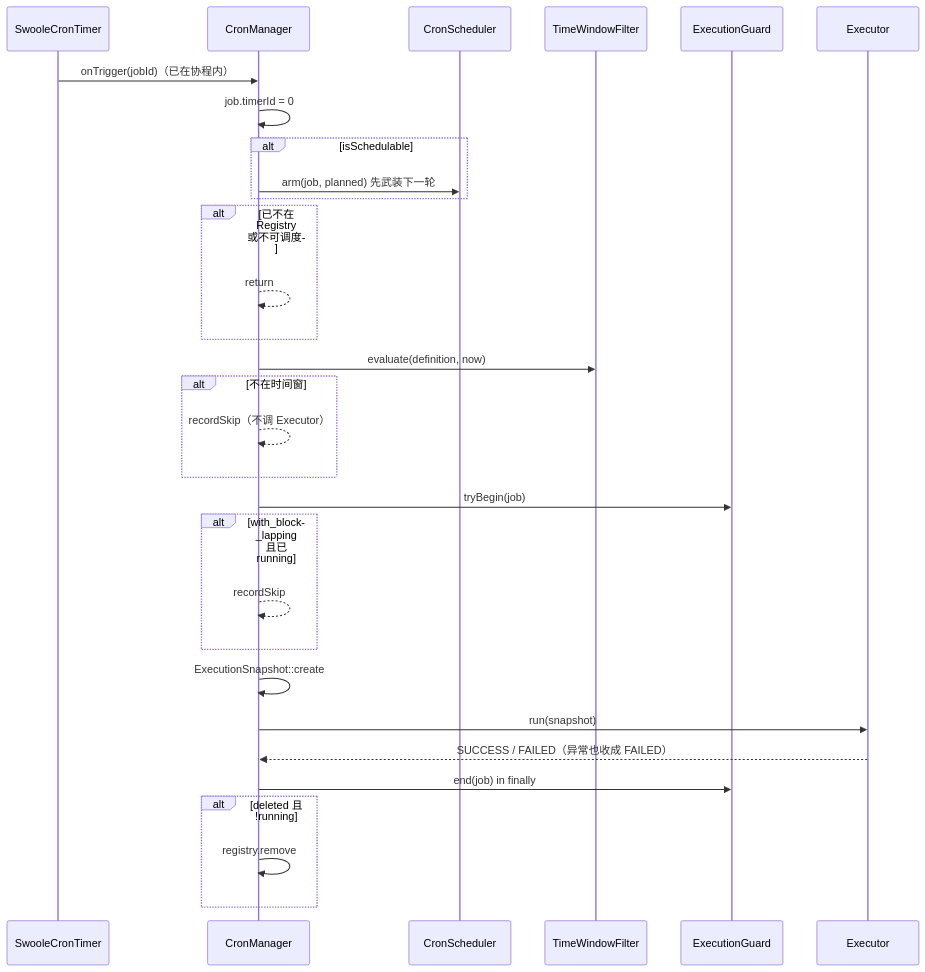
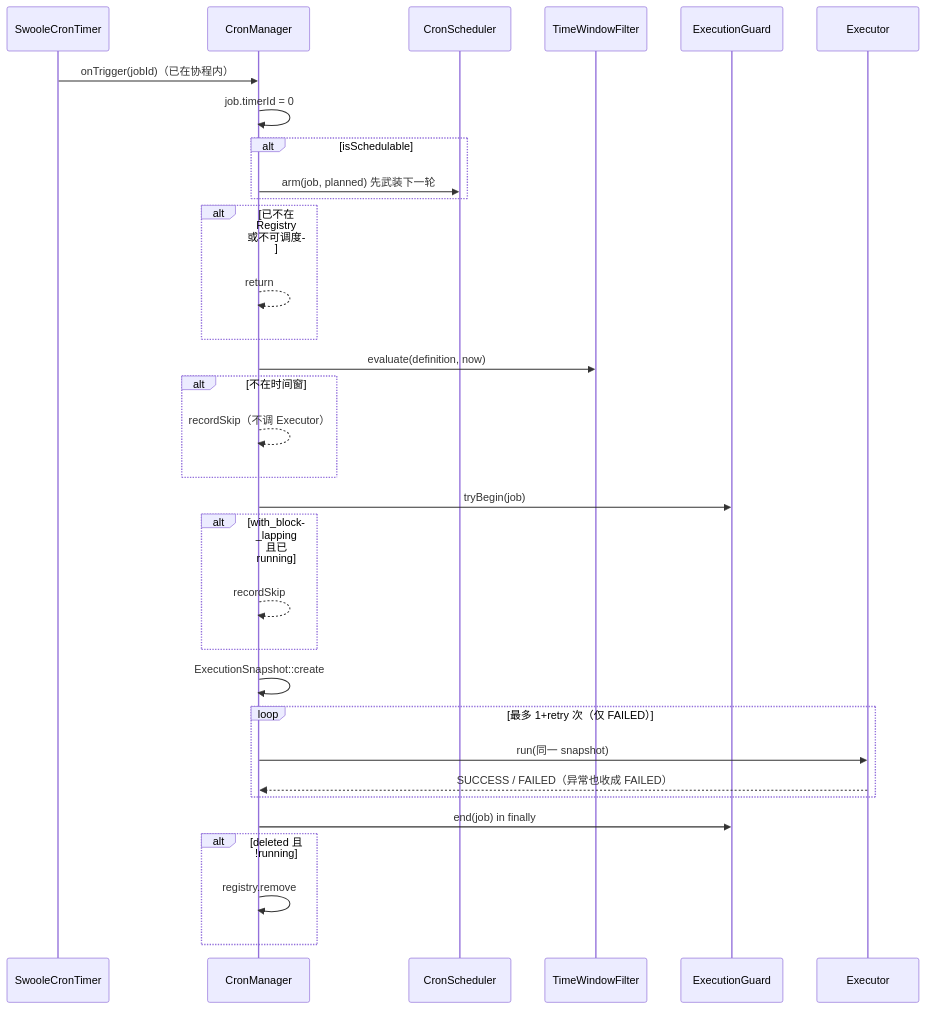
Before and after one commit to bingcool/swoolefy: the third of 3 diagrams in src/Worker/Cron/README.md, drawn with Mermaid. The commit also changed other lines of this file and 17 other files, not shown here.

````diff
--- a/src/Worker/Cron/README.md
+++ b/src/Worker/Cron/README.md
@@ -209,33 +211,35 @@
 ```mermaid
 sequenceDiagram
     participant T as SwooleCronTimer
     participant M as CronManager
     participant S as CronScheduler
     participant W as TimeWindowFilter
     participant G as ExecutionGuard
     participant E as Executor
 
     T->>M: onTrigger(jobId)（已在协程内）
     M->>M: job.timerId = 0
     alt isSchedulable
         M->>S: arm(job, planned) 先武装下一轮
     end
     alt 已不在 Registry 或不可调度
         M-->>M: return
     end
     M->>W: evaluate(definition, now)
     alt 不在时间窗
         M-->>M: recordSkip（不调 Executor）
     end
     M->>G: tryBegin(job)
     alt with_block_lapping 且已 running
         M-->>M: recordSkip
     end
     M->>M: ExecutionSnapshot::create
-    M->>E: run(snapshot)
-    E-->>M: SUCCESS / FAILED（异常也收成 FAILED）
+    loop 最多 1+retry 次（仅 FAILED）
+        M->>E: run(同一 snapshot)
+        E-->>M: SUCCESS / FAILED（异常也收成 FAILED）
+    end
     M->>G: end(job) in finally
     alt deleted 且 !running
         M->>M: registry.remove
     end
 ```
````
